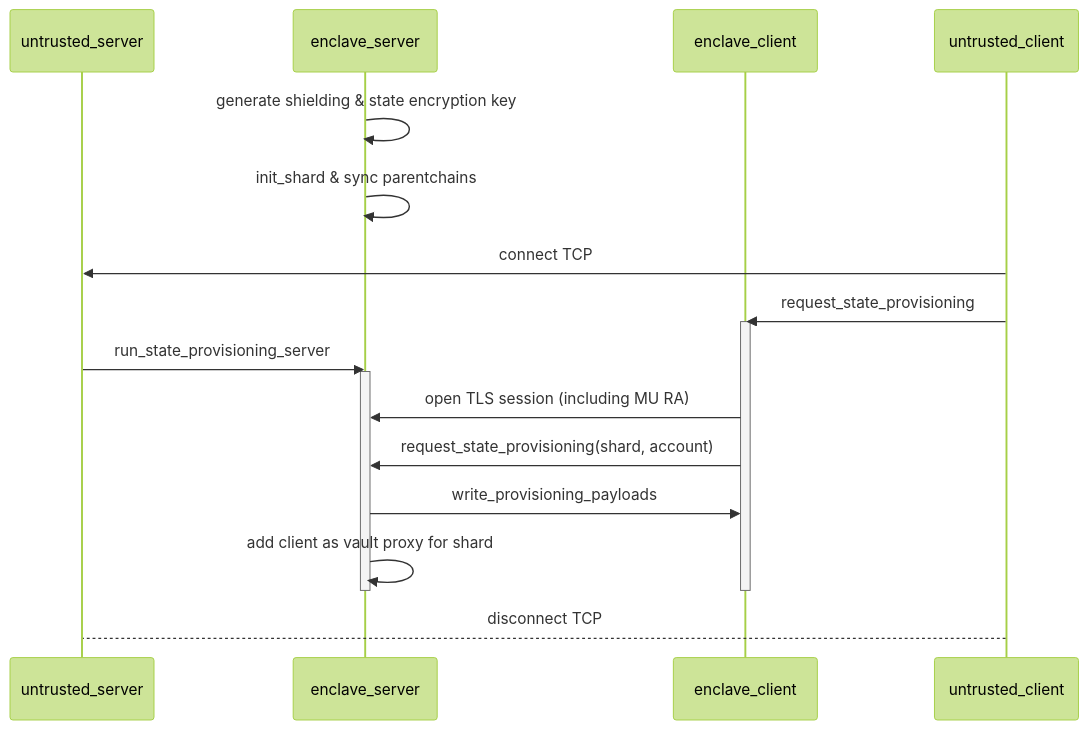
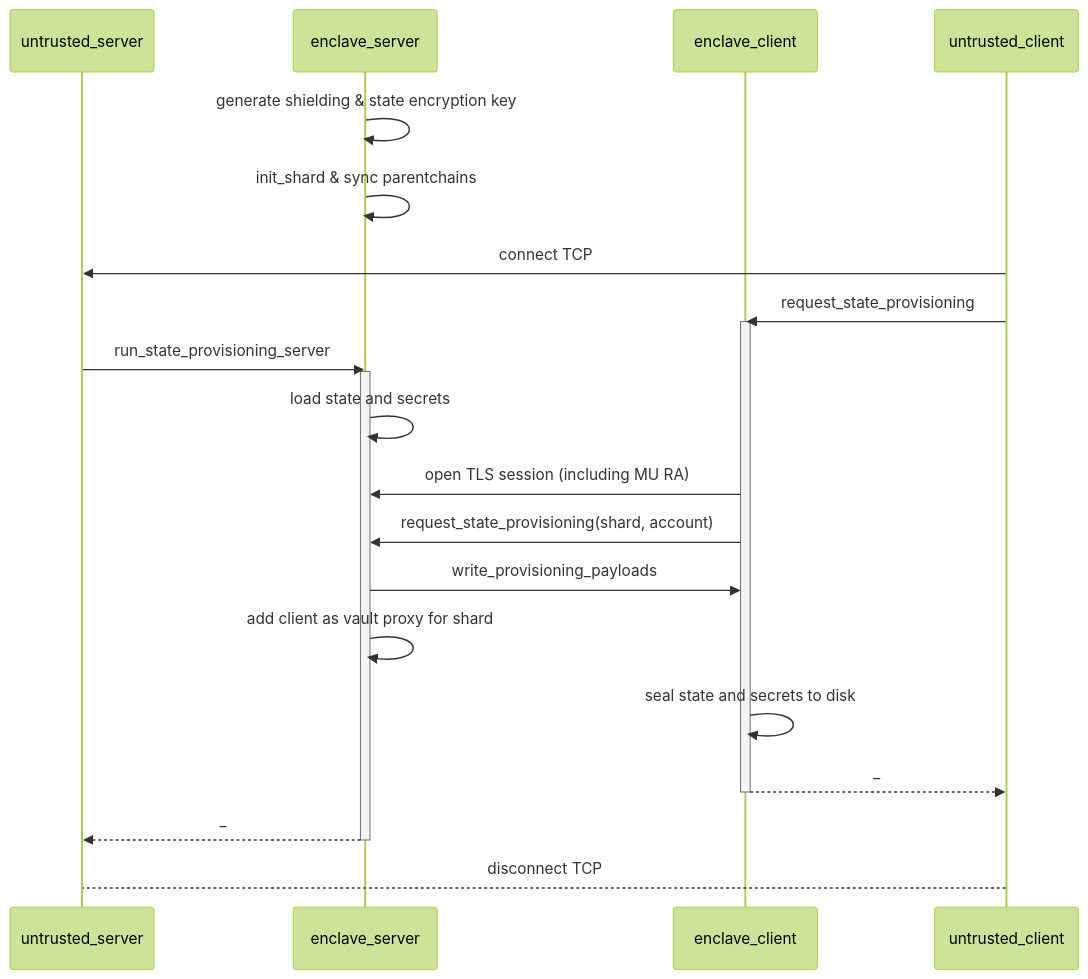
The diagram in enclave-runtime/src/tls_ra/README.md (integritee-network/worker), drawn with Mermaid (forest theme) before and after one commit.

````diff
--- a/enclave-runtime/src/tls_ra/README.md
+++ b/enclave-runtime/src/tls_ra/README.md
@@ -7,22 +9,25 @@
 ```mermaid
 sequenceDiagram
 participant untrusted_server
 participant enclave_server
 participant enclave_client
 participant untrusted_client
 enclave_server ->> enclave_server: generate shielding & state encryption key
 enclave_server ->> enclave_server: init_shard & sync parentchains
 untrusted_client ->> untrusted_server: connect TCP
 untrusted_client ->> enclave_client: request_state_provisioning
 activate enclave_client
 untrusted_server ->> enclave_server: run_state_provisioning_server
 activate enclave_server
+enclave_server ->> enclave_server: load state and secrets 
 enclave_client ->> enclave_server: open TLS session (including MU RA)
 enclave_client ->> enclave_server: request_state_provisioning(shard, account)
 enclave_server ->> enclave_client: write_provisioning_payloads
 enclave_server ->> enclave_server: add client as vault proxy for shard
-
+enclave_client ->> enclave_client: seal state and secrets to disk
+enclave_client -->> untrusted_client: _
 deactivate enclave_client
+enclave_server -->> untrusted_server: _
 deactivate enclave_server
 untrusted_client --> untrusted_server: disconnect TCP
 ```
````
